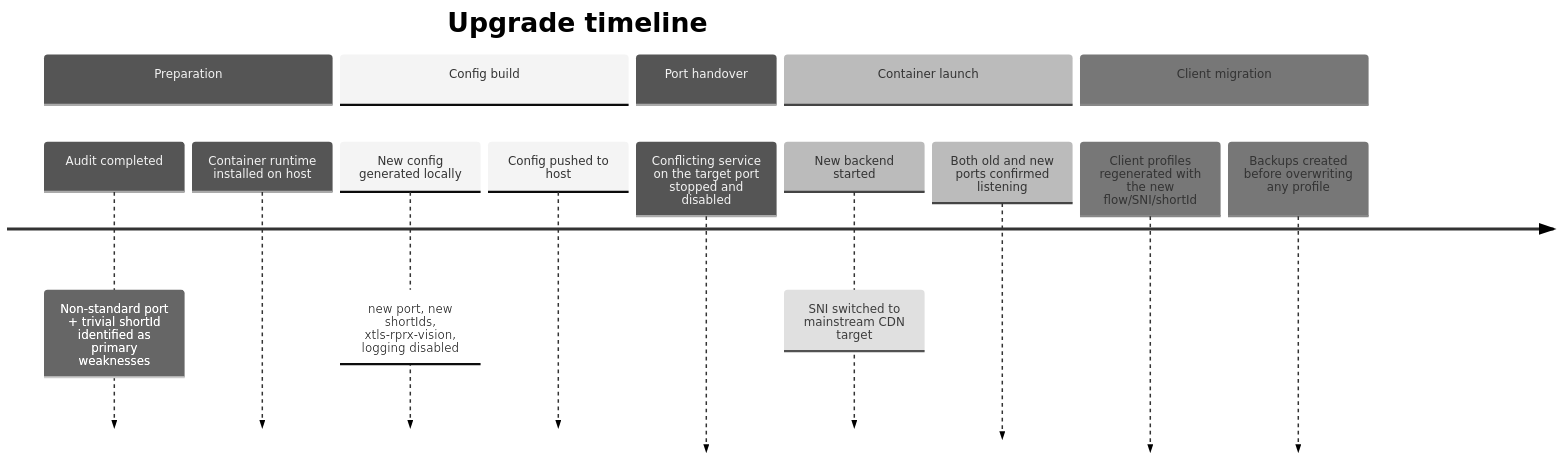
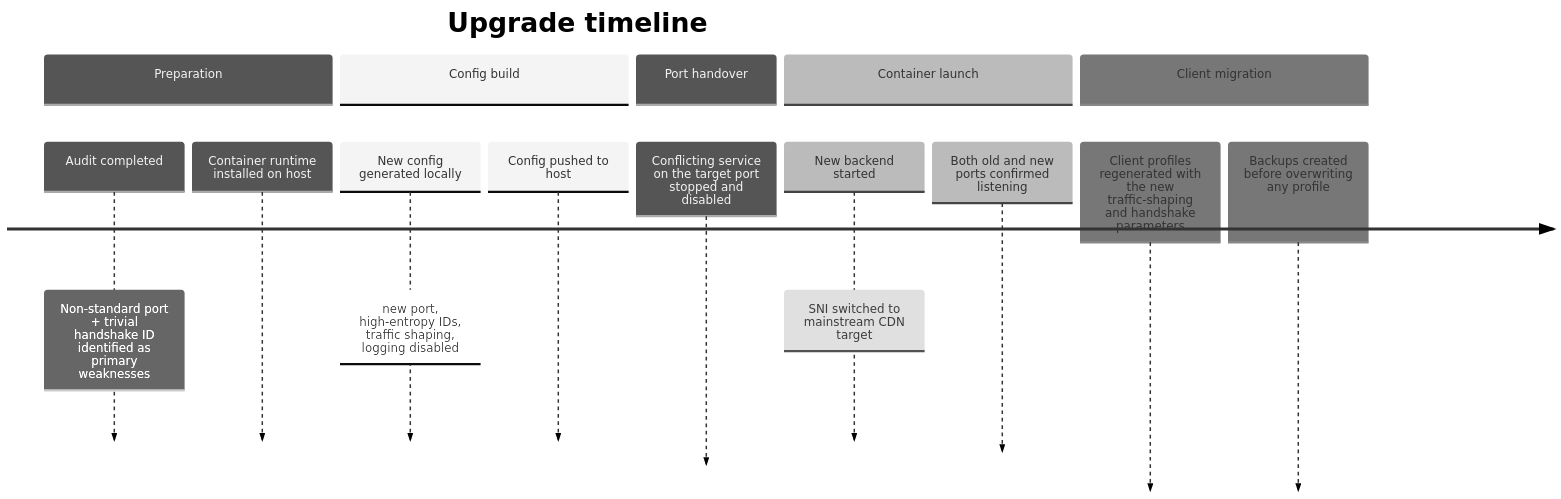
The third of 4 diagrams in docs/upgrade-log.md (ethan0502/resilient-multiregion-proxy), drawn with Mermaid (neutral theme) before and after one commit. The commit also changed other lines of this file and 6 other files, not shown here.

````diff
--- a/docs/upgrade-log.md
+++ b/docs/upgrade-log.md
@@ -76,18 +76,18 @@
 ```mermaid
 timeline
     title Upgrade timeline
     section Preparation
-        Audit completed : Non-standard port + trivial shortId identified as primary weaknesses
+        Audit completed : Non-standard port + trivial handshake ID identified as primary weaknesses
         Container runtime installed on host
     section Config build
-        New config generated locally : new port, new shortIds, xtls-rprx-vision, logging disabled
+        New config generated locally : new port, high-entropy IDs, traffic shaping, logging disabled
         Config pushed to host
     section Port handover
         Conflicting service on the target port stopped and disabled
     section Container launch
         New backend started : SNI switched to mainstream CDN target
         Both old and new ports confirmed listening
     section Client migration
-        Client profiles regenerated with the new flow/SNI/shortId
+        Client profiles regenerated with the new traffic-shaping and handshake parameters
         Backups created before overwriting any profile
 ```
````
